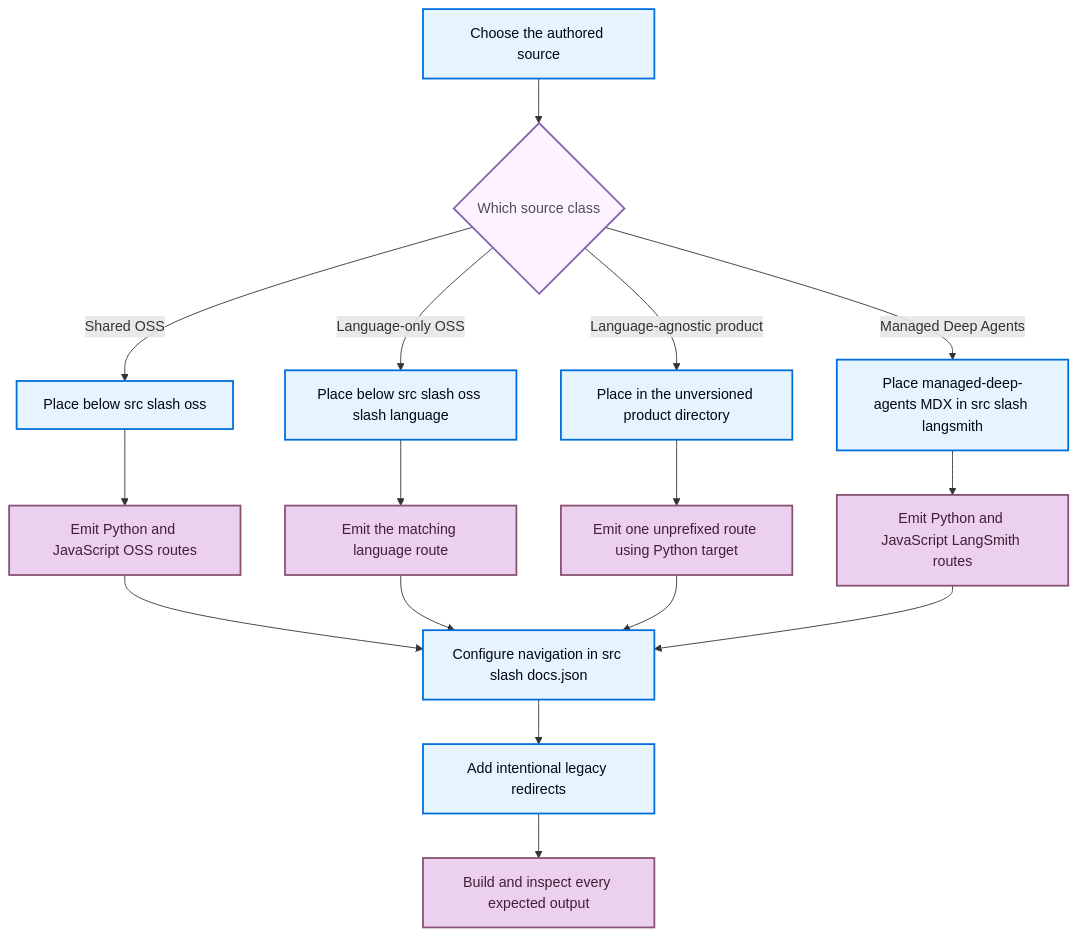
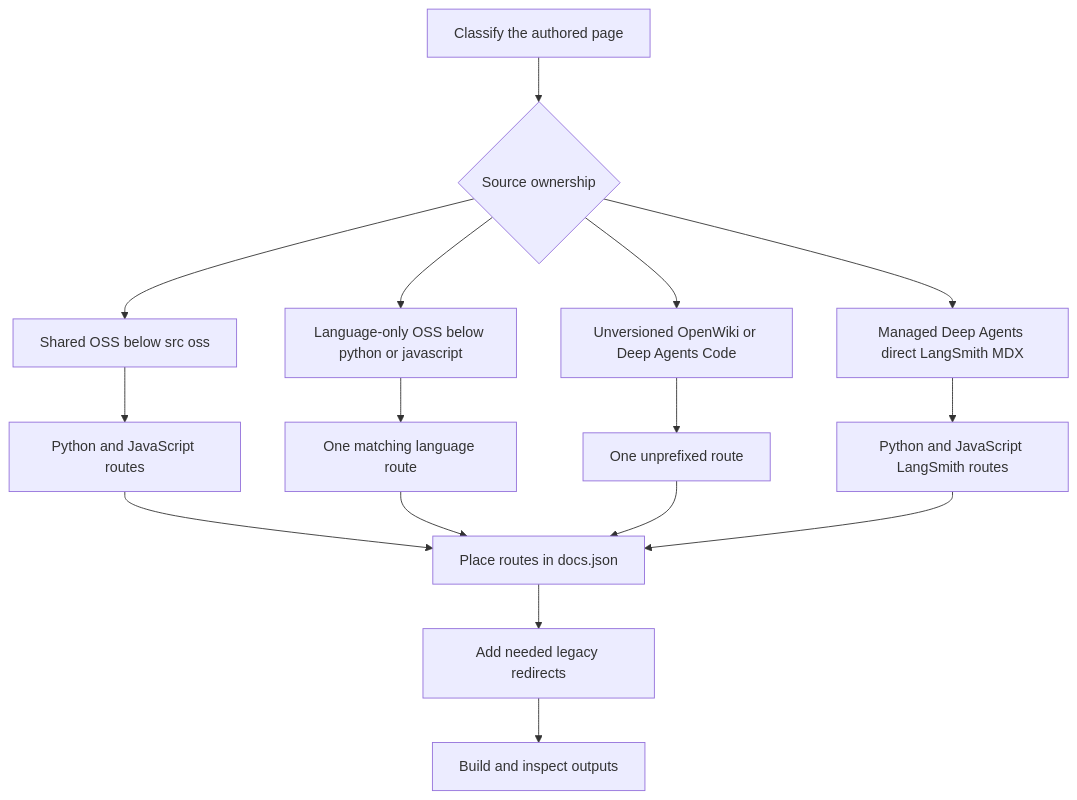
Before and after one commit to langchain-ai/docs: the diagram in openwiki/workflows/versioned-content.md, drawn with Mermaid. The commit also changed other lines of this file and 37 other files, not shown here.

Commit message:
docs: update OpenWiki

````diff
--- a/openwiki/workflows/versioned-content.md
+++ b/openwiki/workflows/versioned-content.md
@@ -37,25 +37,18 @@
 ```mermaid
 flowchart TD
-    Start["Choose the authored source"] --> Ownership{"Which source class"}
-    Ownership -->|Shared OSS| Shared["Place below src slash oss"]
-    Ownership -->|Language-only OSS| Specific["Place below src slash oss slash language"]
-    Ownership -->|Language-agnostic product| Unversioned["Place in the unversioned product directory"]
-    Ownership -->|Managed Deep Agents| MDA["Place managed-deep-agents MDX in src slash langsmith"]
-    Shared --> Dual["Emit Python and JavaScript OSS routes"]
-    Specific --> One["Emit the matching language route"]
-    Unversioned --> Default["Emit one unprefixed route using Python target"]
-    MDA --> MDADual["Emit Python and JavaScript LangSmith routes"]
-    Dual --> Nav["Configure navigation in src slash docs.json"]
-    One --> Nav
-    Default --> Nav
-    MDADual --> Nav
-    Nav --> Redirects["Add intentional legacy redirects"]
-    Redirects --> Inspect["Build and inspect every expected output"]
-
-    classDef process fill:#E5F4FF,stroke:#006DDD,stroke-width:2px,color:#030710
-    classDef decision fill:#FDF3FF,stroke:#7E65AE,stroke-width:2px,color:#504B5F
-    classDef output fill:#EBD0F0,stroke:#885270,stroke-width:2px,color:#441E33
-    class Start,Shared,Specific,Unversioned,MDA,Nav,Redirects process
-    class Ownership decision
-    class Dual,One,Default,MDADual,Inspect output
+    Start["Classify the authored page"] --> Ownership{"Source ownership"}
+    Ownership --> Shared["Shared OSS below src oss"]
+    Ownership --> Specific["Language-only OSS below python or javascript"]
+    Ownership --> Product["Unversioned OpenWiki or Deep Agents Code"]
+    Ownership --> Managed["Managed Deep Agents direct LangSmith MDX"]
+    Shared --> Dual["Python and JavaScript routes"]
+    Specific --> One["One matching language route"]
+    Product --> Plain["One unprefixed route"]
+    Managed --> ManagedDual["Python and JavaScript LangSmith routes"]
+    Dual --> SiteConfig["Place routes in docs.json"]
+    One --> SiteConfig
+    Plain --> SiteConfig
+    ManagedDual --> SiteConfig
+    SiteConfig --> Redirects["Add needed legacy redirects"]
+    Redirects --> Verify["Build and inspect outputs"]
 ```
````
